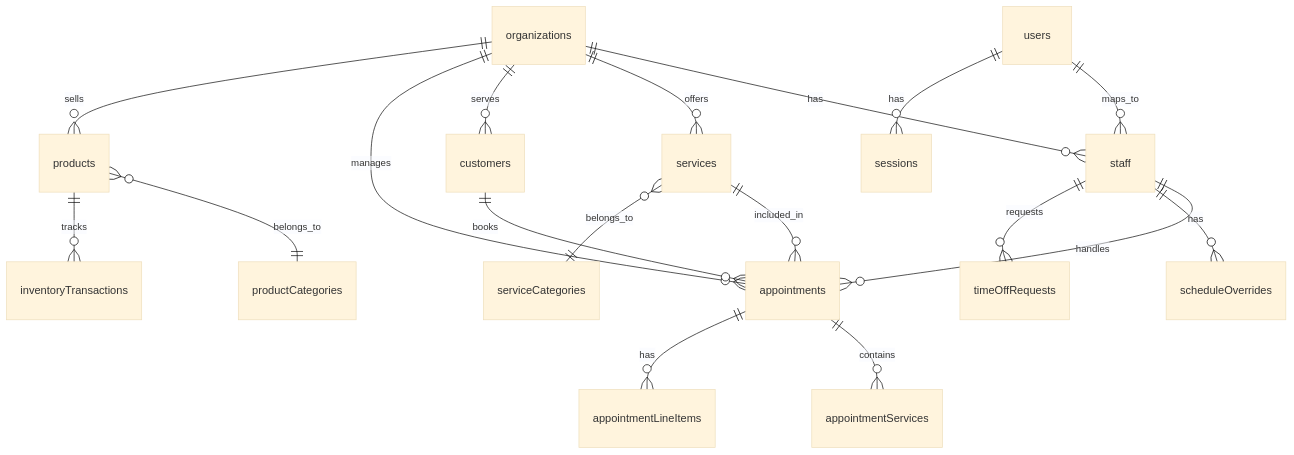
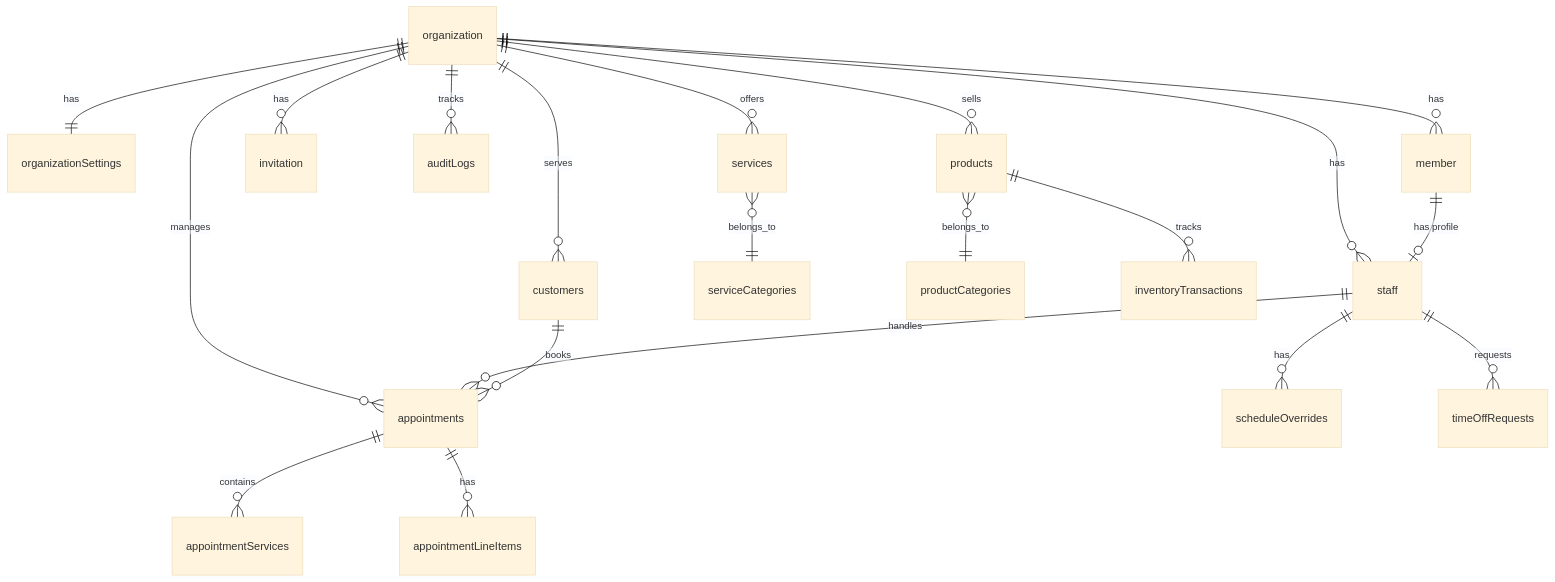
Before and after one commit to UnderprotectionDev/salon-management-saas: the diagram in docs/prd/04-technical/convex-schema.md, drawn with Mermaid (base theme). The commit also changed other lines of this file and 57 other files, not shown here.

Commit message:
Add multi-tenant onboarding, settings and staff

````diff
--- a/docs/prd/04-technical/convex-schema.md
+++ b/docs/prd/04-technical/convex-schema.md
@@ -12,26 +16,29 @@
 ```mermaid
 erDiagram
-    organizations ||--o{ staff : has
-    organizations ||--o{ services : offers
-    organizations ||--o{ customers : serves
-    organizations ||--o{ appointments : manages
-    organizations ||--o{ products : sells
+    organization ||--|| organizationSettings : has
+    organization ||--o{ member : has
+    organization ||--o{ invitation : has
+    organization ||--o{ staff : has
+    organization ||--o{ auditLogs : tracks
+
+    member ||--o| staff : "has profile"
+
+    organization ||--o{ services : offers
+    organization ||--o{ customers : serves
+    organization ||--o{ appointments : manages
+    organization ||--o{ products : sells
 
     staff ||--o{ appointments : handles
     staff ||--o{ scheduleOverrides : has
     staff ||--o{ timeOffRequests : requests
 
-    services ||--o{ appointments : included_in
     services }o--|| serviceCategories : belongs_to
 
     customers ||--o{ appointments : books
 
     appointments ||--o{ appointmentServices : contains
     appointments ||--o{ appointmentLineItems : has
 
     products }o--|| productCategories : belongs_to
     products ||--o{ inventoryTransactions : tracks
-
-    users ||--o{ staff : maps_to
-    users ||--o{ sessions : has
 ```
````
